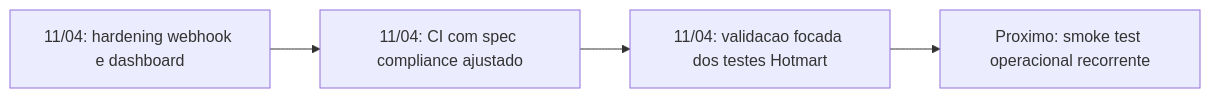
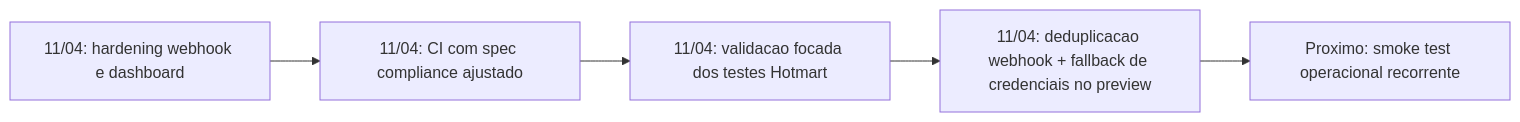
One commit to rosanarezende/mundo-da-mel-showcase changed the diagram in timeline/2026-04-11-hotmart-monitoramento-dashboard-cupom.md. Above: the diagram before and after it, drawn with Mermaid. The commit also changed other lines of this file and 2 other files, not shown here.

Commit message:
Atualização para refletir o estado atual do PR privado

````diff
--- a/timeline/2026-04-11-hotmart-monitoramento-dashboard-cupom.md
+++ b/timeline/2026-04-11-hotmart-monitoramento-dashboard-cupom.md
@@ -13,6 +13,7 @@
 ```mermaid
 flowchart LR
   M1[11/04: hardening webhook e dashboard] --> M2[11/04: CI com spec compliance ajustado]
   M2 --> M3[11/04: validacao focada dos testes Hotmart]
-  M3 --> M4[Proximo: smoke test operacional recorrente]
+  M3 --> M4[11/04: deduplicacao webhook + fallback de credenciais no preview]
+  M4 --> M5[Proximo: smoke test operacional recorrente]
 ```
````
